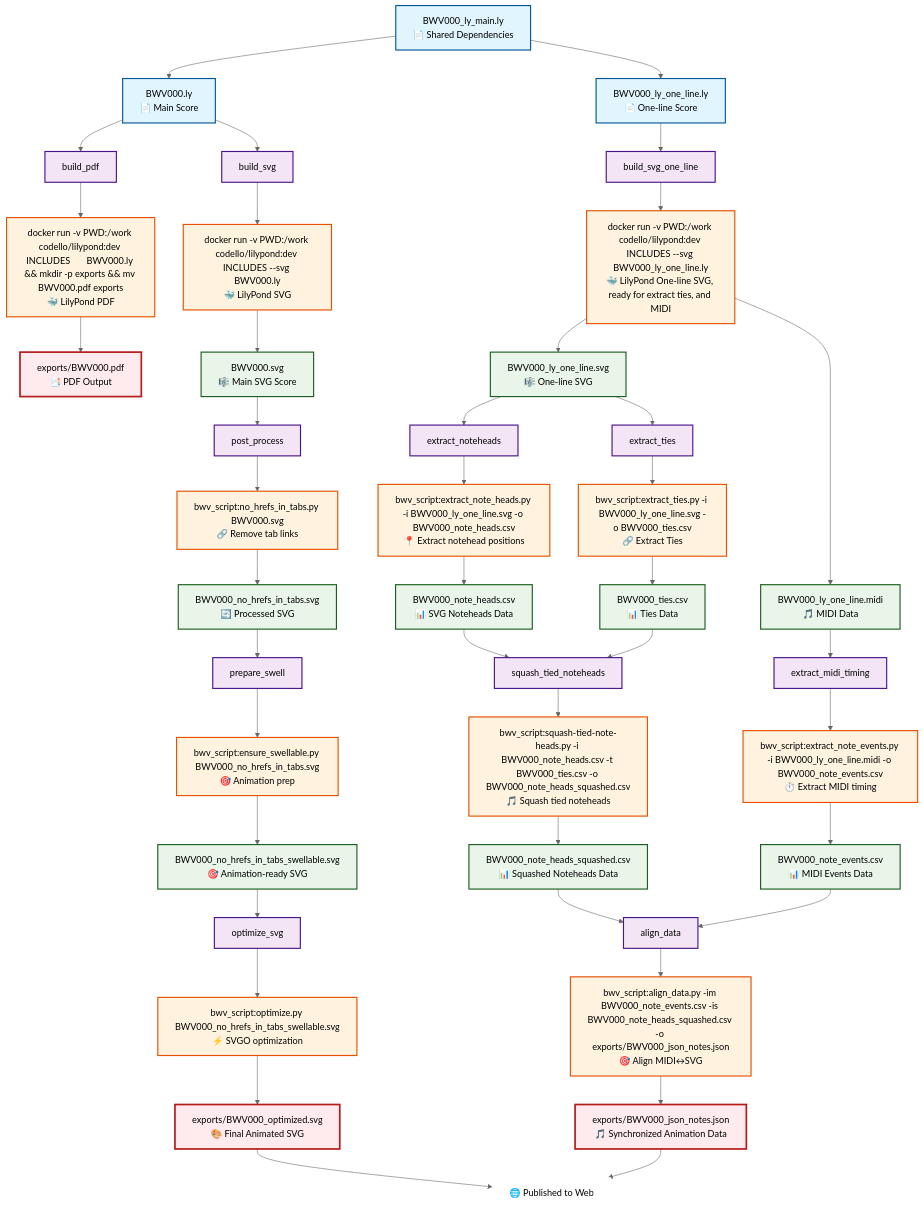
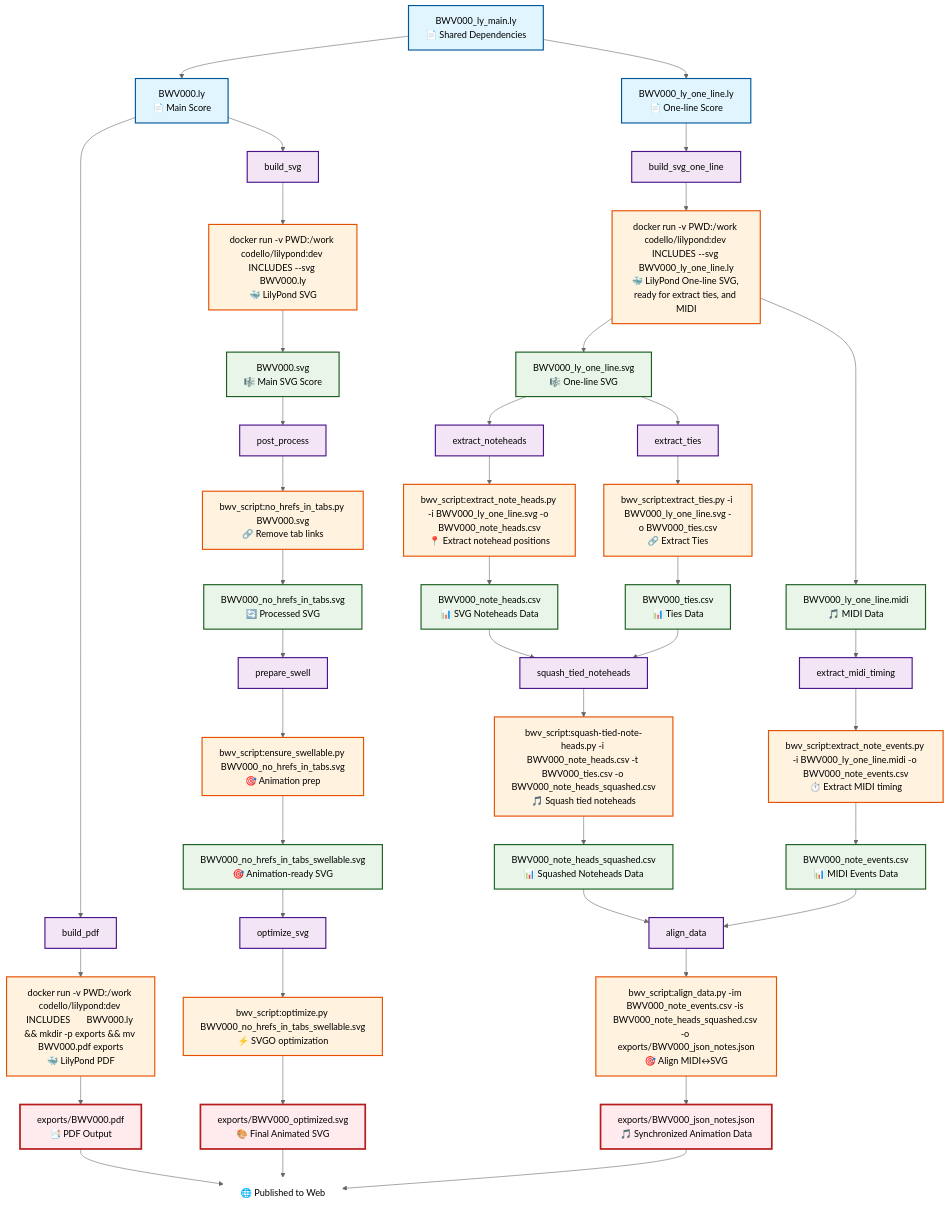
One commit to cthiebaud/bwv-zeug changed the diagram in invoke/tasks.mmd. Above: the diagram before and after it, drawn with Mermaid. The commit also changed 2 other files, not shown here.

```diff
--- a/invoke/tasks.mmd
+++ b/invoke/tasks.mmd
@@ -1,142 +1,143 @@
 %%{init: {'theme':'neutral'}}%%
 graph TD
 
 %% ============================================================================
 %% INPUT NODES
 %% ============================================================================
 I1[BWV000.ly<br/>📄 Main Score]
 I2[BWV000_ly_one_line.ly<br/>📄 One-line Score]
 I3[BWV000_ly_main.ly<br/>📄 Shared Dependencies]
 
 %% ============================================================================
 %% TASK NODES
 %% ============================================================================
 T1[build_pdf]
 T2[build_svg]
 T3[build_svg_one_line]
 T4[post_process]
 T5[prepare_swell]
 T6[optimize_svg]
 T7[extract_noteheads]
 T8[extract_midi_timing]
 T9[align_data]
 T0[extract_ties]
 T11[squash_tied_noteheads]
 
 %% ============================================================================
 %% RUNNABLE NODES
 %% ============================================================================
 R1[docker run -v PWD:/work codello/lilypond:dev INCLUDES       BWV000.ly && mkdir -p exports && mv BWV000.pdf exports<br/>🐳 LilyPond PDF]
 R2[docker run -v PWD:/work codello/lilypond:dev INCLUDES --svg BWV000.ly<br/>🐳 LilyPond SVG]
 R3[docker run -v PWD:/work codello/lilypond:dev INCLUDES --svg BWV000_ly_one_line.ly<br/>🐳 LilyPond One-line SVG, ready for extract ties, and MIDI]
 R4[bwv_script:no_hrefs_in_tabs.py BWV000.svg<br/>🔗 Remove tab links]
 R5[bwv_script:ensure_swellable.py BWV000_no_hrefs_in_tabs.svg<br/>🎯 Animation prep]
 R6[bwv_script:optimize.py BWV000_no_hrefs_in_tabs_swellable.svg<br/>⚡ SVGO optimization]
 R7[bwv_script:extract_note_heads.py -i BWV000_ly_one_line.svg -o BWV000_note_heads.csv<br/>📍 Extract notehead positions]
 R8[bwv_script:extract_note_events.py -i BWV000_ly_one_line.midi -o BWV000_note_events.csv<br/>⏱️ Extract MIDI timing]
 R9[bwv_script:align_data.py -im BWV000_note_events.csv -is BWV000_note_heads_squashed.csv -o exports/BWV000_json_notes.json<br/>🎯 Align MIDI↔SVG]
 R0[bwv_script:extract_ties.py -i BWV000_ly_one_line.svg -o BWV000_ties.csv<br/>🔗 Extract Ties]
 R11[bwv_script:squash-tied-note-heads.py -i BWV000_note_heads.csv -t BWV000_ties.csv -o BWV000_note_heads_squashed.csv<br/>🎵 Squash tied noteheads]
 
 %% ============================================================================
 %% OUTPUT NODES
 %% ============================================================================
 O2[BWV000.svg<br/>🎼 Main SVG Score]
 O3[BWV000_ly_one_line.svg<br/>🎼 One-line SVG]
 O4[BWV000_ly_one_line.midi<br/>🎵 MIDI Data]
 O5[BWV000_no_hrefs_in_tabs.svg<br/>🔄 Processed SVG]
 O6[BWV000_no_hrefs_in_tabs_swellable.svg<br/>🎯 Animation-ready SVG]
 O7[BWV000_note_heads.csv<br/>📊 SVG Noteheads Data]
 O8[BWV000_note_events.csv<br/>📊 MIDI Events Data]
 O9[BWV000_ties.csv<br/>📊 Ties Data]
 O10[BWV000_note_heads_squashed.csv<br/>📊 Squashed Noteheads Data]
 
 %% ============================================================================
 %% EXPORT NODES
 %% ============================================================================
 E3[exports/BWV000.pdf<br/>📑 PDF Output]
 E1[exports/BWV000_optimized.svg<br/>🎨 Final Animated SVG]
 E2[exports/BWV000_json_notes.json<br/>🎵 Synchronized Animation Data]
 
 %% ============================================================================
 %% DEPENDENCY RELATIONSHIPS
 %% ============================================================================
 %% Shared dependencies
 I3 --> I1
 I3 --> I2
 
 %% Input to task relationships
 I1 --> T1
 I1 --> T2
 I2 --> T3
 
 %% Task to runnable relationships
 T1 --> R1
 T2 --> R2
 T3 --> R3
 T4 --> R4
 T5 --> R5
 T6 --> R6
 T7 --> R7
 T8 --> R8
 T9 --> R9
 T0 --> R0
 T11 --> R11
 
 %% Runnable to output relationships
 R2 --> O2
 R3 --> O3
 R3 --> O4
 R0 --> O9
 R7 --> O7
 R8 --> O8
 R11 --> O10
 
 %% SVG processing chain
 O2 --> T4
 R4 --> O5
 O5 --> T5
 R5 --> O6
 O6 --> T6
 
 %% Data extraction parallel branches
 O3 --> T7
 O3 --> T0
 O4 --> T8
 
 %% Squash tied noteheads step
 O7 --> T11
 O9 --> T11
 
 %% Final data alignment (now uses squashed noteheads)
 O10 --> T9
 O8 --> T9
 
 %% Final export
 R1 --> E3
 R6 --> E1
 R9 --> E2
 
 %% ============================================================================
 %% STYLING
 %% ============================================================================
 classDef input fill:#e1f5fe,stroke:#01579b,stroke-width:2px
 classDef task fill:#f3e5f5,stroke:#4a148c,stroke-width:2px
 classDef output fill:#e8f5e8,stroke:#1b5e20,stroke-width:2px
 classDef runnable fill:#fff3e0,stroke:#e65100,stroke-width:2px
 classDef export fill:#ffebee,stroke:#b71c1c,stroke-width:3px
 
 class I1,I2,I3 input
 class T1,T2,T3,T4,T5,T6,T7,T8,T9,T0,T10,T11 task
 class O2,O3,O4,O5,O6,O7,O8,O9,O10 output
 class R1,R2,R3,R4,R5,R6,R7,R8,R9,R0,R11 runnable
 class E3,E1,E2 export
 
 %% ============================================================================
 %% BOTTOM ALIGNMENT HACK
 %% ============================================================================
 T10["🌐 Published to Web"]
 style T10 fill:#ffffff,stroke:#ffffff
 
 E1 --> T10
 E2 --> T10
+E3 --> T10
```
